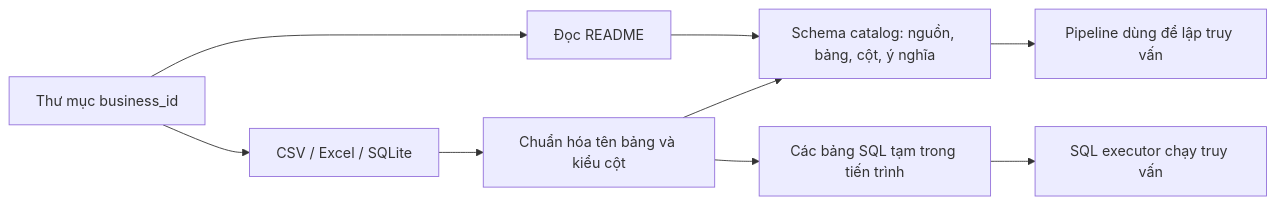
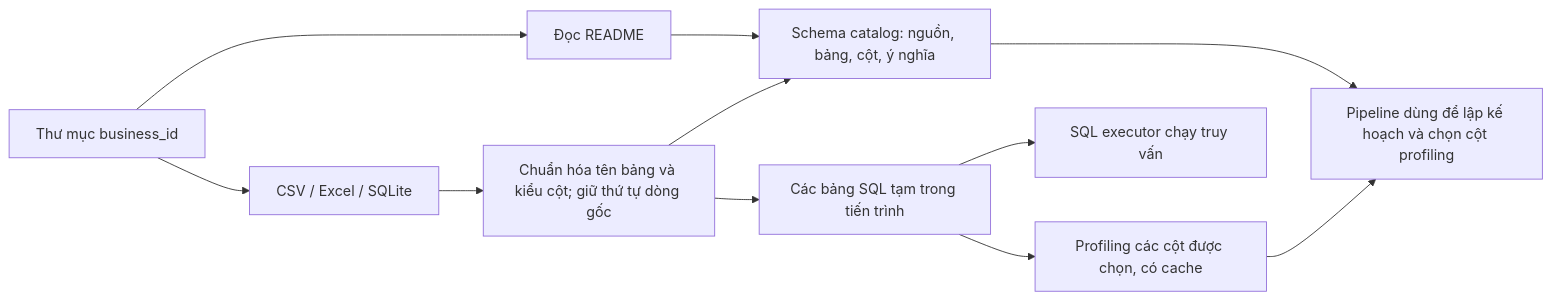
The second of 6 diagrams in docs/ARCHITECTURE.md (ToiLaKiet/datamate), drawn with Mermaid before and after one commit. The commit also changed other lines of this file and 14 other files, not shown here.

Commit message:
profiling logic update, modalcompute maxtoken update, pipeline prompt optimizatiomschema creatiom

````diff
--- a/docs/ARCHITECTURE.md
+++ b/docs/ARCHITECTURE.md
@@ -20,11 +20,13 @@
 ```mermaid
 flowchart LR
     A[Thư mục business_id] --> B[Đọc README]
     A --> C[CSV / Excel / SQLite]
-    C --> D[Chuẩn hóa tên bảng và kiểu cột]
+    C --> D[Chuẩn hóa tên bảng và kiểu cột; giữ thứ tự dòng gốc]
     D --> E[Các bảng SQL tạm trong tiến trình]
     B --> F[Schema catalog: nguồn, bảng, cột, ý nghĩa]
     D --> F
-    F --> G[Pipeline dùng để lập truy vấn]
+    F --> G[Pipeline dùng để lập kế hoạch và chọn cột profiling]
+    E --> P[Profiling các cột được chọn, có cache]
+    P --> G
     E --> H[SQL executor chạy truy vấn]
 ```
````
